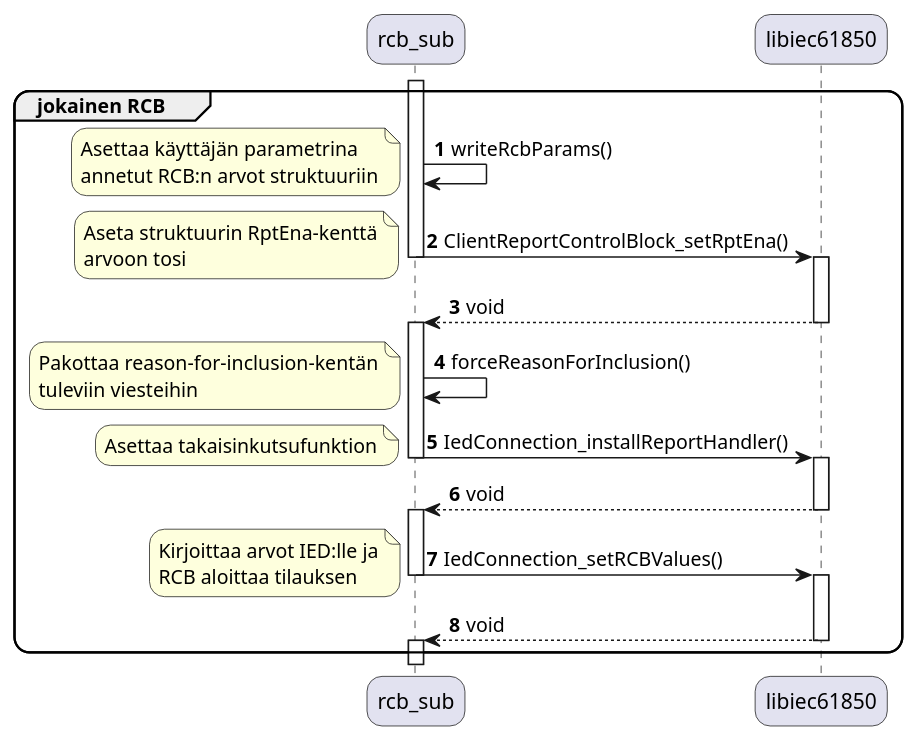
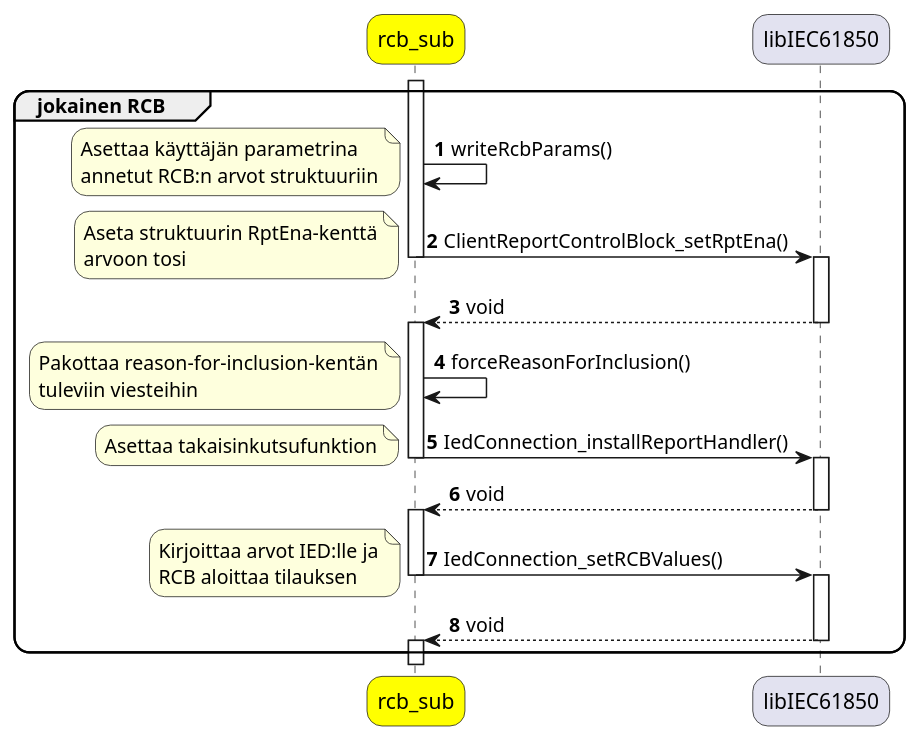
Before and after one commit to Kazhuu/tut_master_thesis: the diagram in uml/rcb-sub-subscribe-reports.puml, drawn with PlantUML. The commit also changed 17 other files, not shown here.

```diff
--- a/uml/rcb-sub-subscribe-reports.puml
+++ b/uml/rcb-sub-subscribe-reports.puml
@@ -1,51 +1,51 @@
 @startuml
 autonumber
 
 skinparam roundcorner 20
 
-participant "rcb_sub" as rcbsub
-participant "libiec61850" as libiec
+participant "rcb_sub" as rcbsub #Yellow
+participant "libIEC61850" as libiec
 
 activate rcbsub
 group jokainen RCB
 	rcbsub -> rcbsub : writeRcbParams()
 	note left
 		Asettaa käyttäjän parametrina
 		annetut RCB:n arvot struktuuriin
 	end note
 	rcbsub -> libiec : ClientReportControlBlock_setRptEna()
 	deactivate rcbsub
 	activate libiec
 	note left
 		Aseta struktuurin RptEna-kenttä
 		arvoon tosi
 	end note
 	libiec --> rcbsub :  void
 	deactivate libiec
 	activate rcbsub
 	rcbsub -> rcbsub : forceReasonForInclusion()
 	note left
 		Pakottaa reason-for-inclusion-kentän
 		tuleviin viesteihin
 	end note
 	rcbsub -> libiec : IedConnection_installReportHandler()
 	deactivate rcbsub
 	activate libiec
 	note left
 		Asettaa takaisinkutsufunktion
 	end note
 	libiec --> rcbsub : void
 	deactivate libiec
 	activate rcbsub
 	rcbsub -> libiec : IedConnection_setRCBValues()
 	deactivate rcbsub
 	activate libiec
 	note left
 		Kirjoittaa arvot IED:lle ja
 		RCB aloittaa tilauksen
 	end note
 	libiec --> rcbsub : void
 	deactivate libiec
 	activate rcbsub
 end group
 @enduml
```
